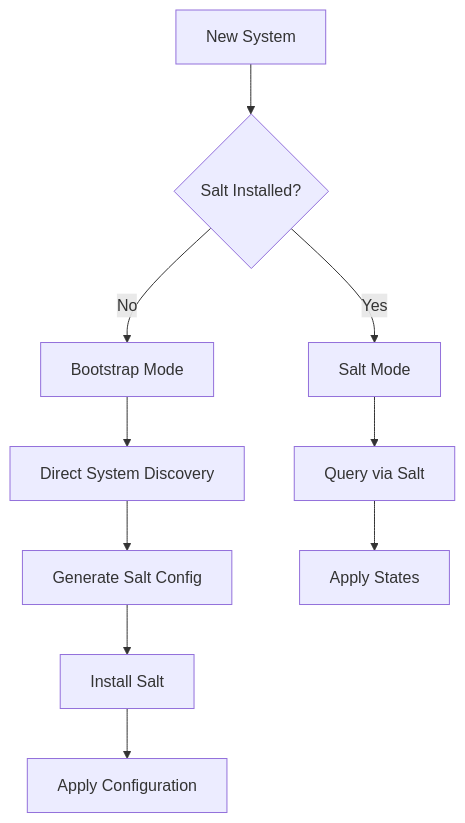
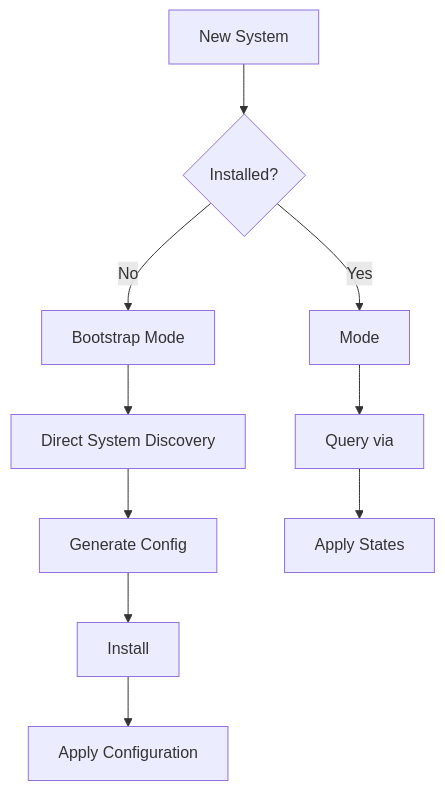
The diagram in docs/development/BOOTSTRAP_ARCHITECTURE.md (CodeMonkeyCybersecurity/eos), drawn with Mermaid before and after one commit. The commit also changed other lines of this file and 260 other files, not shown here.

Commit message:
docs: remove SaltStack references from architecture documentation

````diff
--- a/docs/development/BOOTSTRAP_ARCHITECTURE.md
+++ b/docs/development/BOOTSTRAP_ARCHITECTURE.md
@@ -41,14 +25,14 @@
 ```mermaid
 graph TD
-    A[New System] --> B{Salt Installed?}
+    A[New System] --> B{ Installed?}
     B -->|No| C[Bootstrap Mode]
-    B -->|Yes| D[Salt Mode]
+    B -->|Yes| D[ Mode]
     
     C --> E[Direct System Discovery]
-    E --> F[Generate Salt Config]
-    F --> G[Install Salt]
+    E --> F[Generate  Config]
+    F --> G[Install ]
     G --> H[Apply Configuration]
     
-    D --> I[Query via Salt]
+    D --> I[Query via ]
     I --> J[Apply States]
 ```
````
